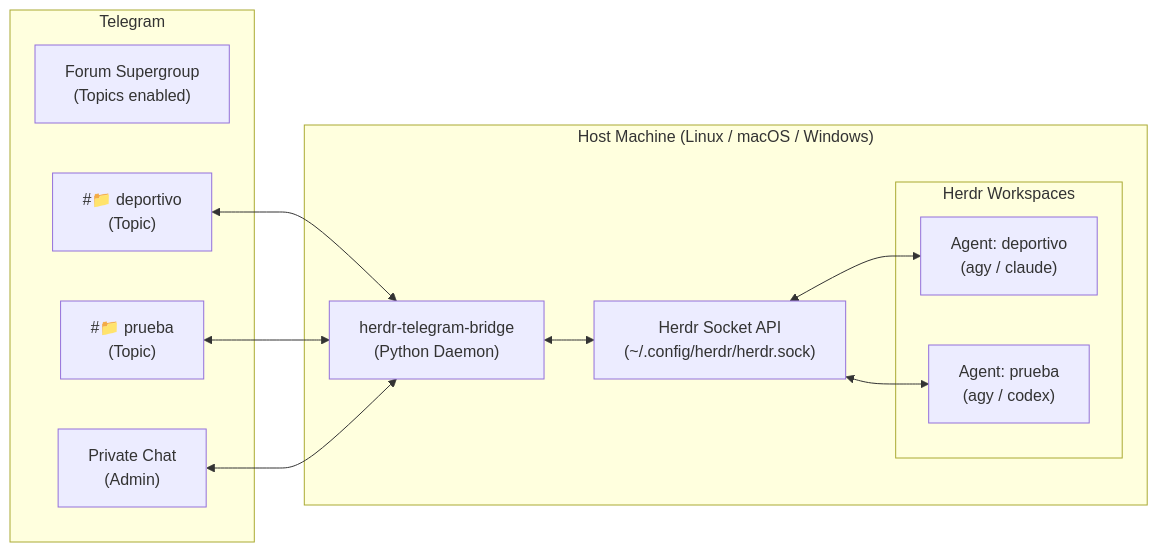
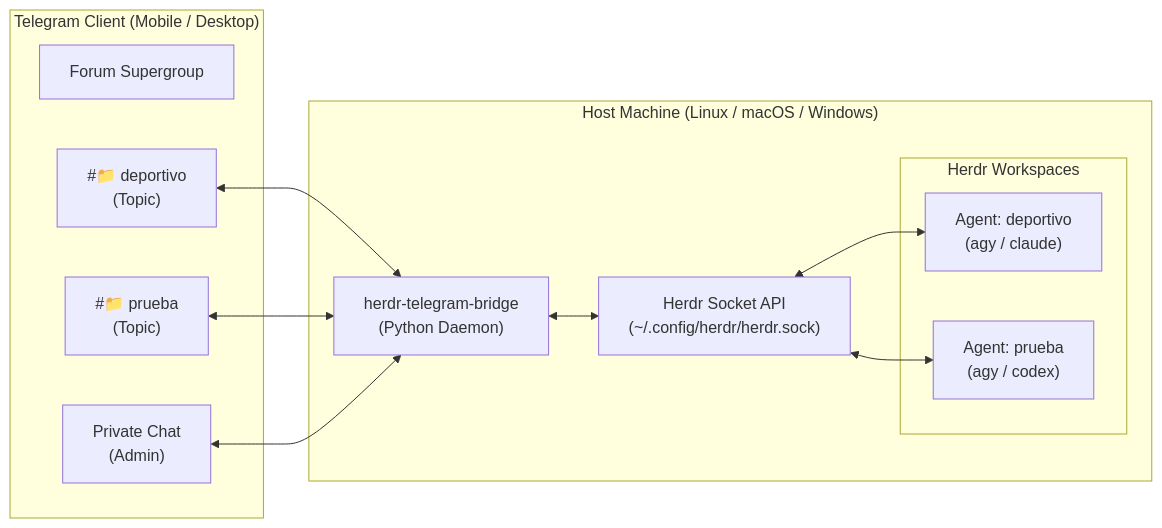
The diagram in README.md (smarriagac/herdr_telegram), drawn with Mermaid before and after one commit. The commit also changed other lines of this file and 6 other files, not shown here.

````diff
--- a/README.md
+++ b/README.md
@@ -5,26 +38,26 @@
 ```mermaid
 flowchart LR
-    subgraph Telegram["Telegram"]
-        Group["Forum Supergroup\n(Topics enabled)"]
+    subgraph Telegram["Telegram Client (Mobile / Desktop)"]
+        Supergroup["Forum Supergroup"]
         TopicA["#📁 deportivo\n(Topic)"]
         TopicB["#📁 prueba\n(Topic)"]
         Direct["Private Chat\n(Admin)"]
     end
 
     subgraph Host["Host Machine (Linux / macOS / Windows)"]
         Daemon["herdr-telegram-bridge\n(Python Daemon)"]
         Socket["Herdr Socket API\n(~/.config/herdr/herdr.sock)"]
         
         subgraph Agents["Herdr Workspaces"]
             AgentA["Agent: deportivo\n(agy / claude)"]
             AgentB["Agent: prueba\n(agy / codex)"]
         end
     end
 
     TopicA <--> Daemon
     TopicB <--> Daemon
     Direct <--> Daemon
     Daemon <--> Socket
     Socket <--> AgentA
     Socket <--> AgentB
 ```
````
